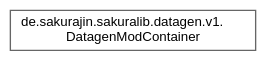
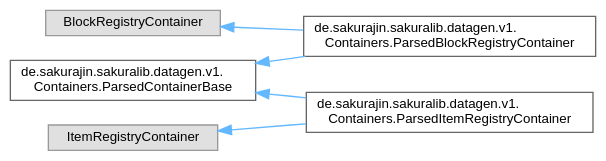
Before and after one commit to noah1510/sakura-lib: the diagram in inherit_graph_13.dot, drawn with Graphviz. The commit also changed 187 other files, not shown here.

```diff
--- a/inherit_graph_13.dot
+++ b/inherit_graph_13.dot
@@ -1,9 +1,17 @@
 digraph "Graphical Class Hierarchy"
 {
  // LATEX_PDF_SIZE
   bgcolor="transparent";
   edge [fontname=Helvetica,fontsize=10,labelfontname=Helvetica,labelfontsize=10];
   node [fontname=Helvetica,fontsize=10,shape=box,height=0.2,width=0.4];
   rankdir="LR";
-  Node0 [label="de.sakurajin.sakuralib.datagen.v1.\lDatagenModContainer",height=0.2,width=0.4,color="grey40", fillcolor="white", style="filled",URL="$classde_1_1sakurajin_1_1sakuralib_1_1datagen_1_1v1_1_1DatagenModContainer.html",tooltip=" "];
+  Node0 [label="de.sakurajin.sakuralib.datagen.v1.\lContainers.ParsedContainerBase",height=0.2,width=0.4,color="grey40", fillcolor="white", style="filled",URL="$classde_1_1sakurajin_1_1sakuralib_1_1datagen_1_1v1_1_1Containers_1_1ParsedContainerBase.html",tooltip="The base class to automatically parse all items and blocks in a class."];
+  Node0 -> Node1 [dir="back",color="steelblue1",style="solid"];
+  Node1 [label="de.sakurajin.sakuralib.datagen.v1.\lContainers.ParsedBlockRegistryContainer",height=0.2,width=0.4,color="grey40", fillcolor="white", style="filled",URL="$classde_1_1sakurajin_1_1sakuralib_1_1datagen_1_1v1_1_1Containers_1_1ParsedBlockRegistryContainer.html",tooltip="A ParsedBlockRegistryContainer is a Block Registry Container that works with the DatagenAPI."];
+  Node0 -> Node3 [dir="back",color="steelblue1",style="solid"];
+  Node3 [label="de.sakurajin.sakuralib.datagen.v1.\lContainers.ParsedItemRegistryContainer",height=0.2,width=0.4,color="grey40", fillcolor="white", style="filled",URL="$classde_1_1sakurajin_1_1sakuralib_1_1datagen_1_1v1_1_1Containers_1_1ParsedItemRegistryContainer.html",tooltip="A ParsedItemRegistryContainer is a Item Registry Container that works with the DatagenAPI."];
+  Node2 [label="BlockRegistryContainer",height=0.2,width=0.4,color="grey60", fillcolor="#E0E0E0", style="filled",tooltip=" "];
+  Node2 -> Node1 [dir="back",color="steelblue1",style="solid"];
+  Node4 [label="ItemRegistryContainer",height=0.2,width=0.4,color="grey60", fillcolor="#E0E0E0", style="filled",tooltip=" "];
+  Node4 -> Node3 [dir="back",color="steelblue1",style="solid"];
 }
```
